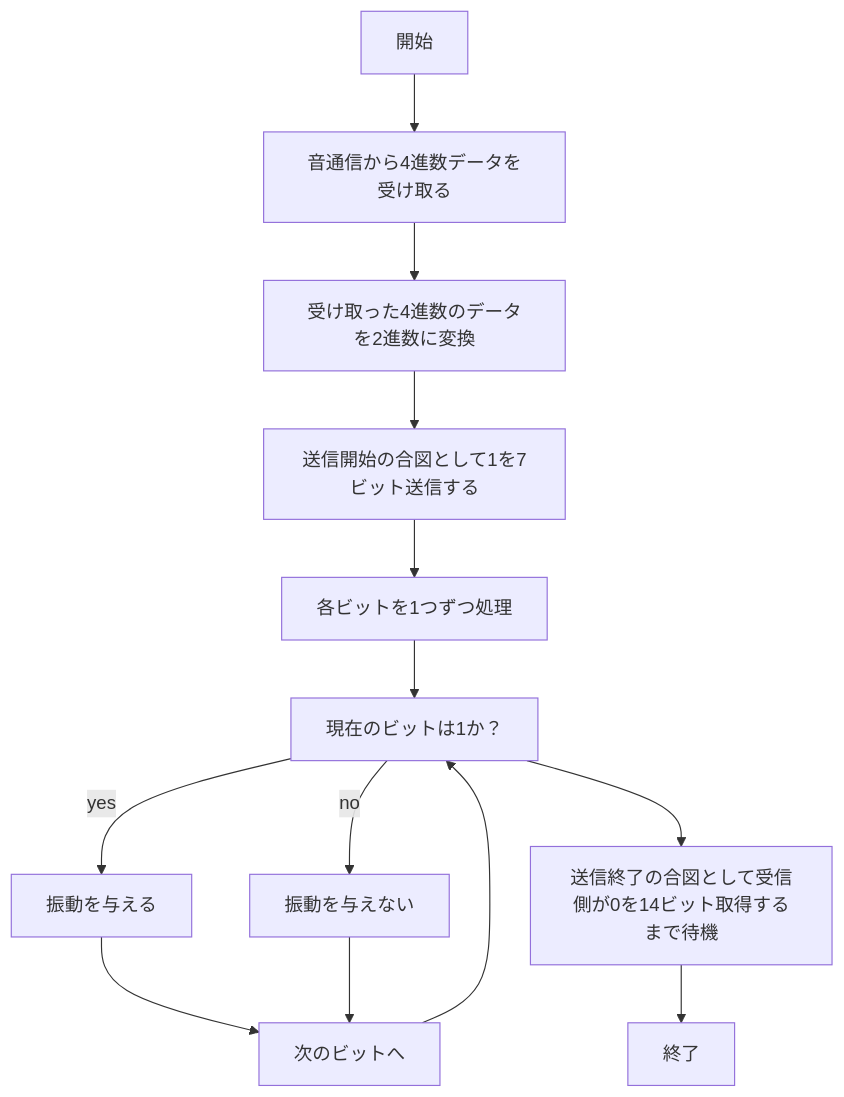
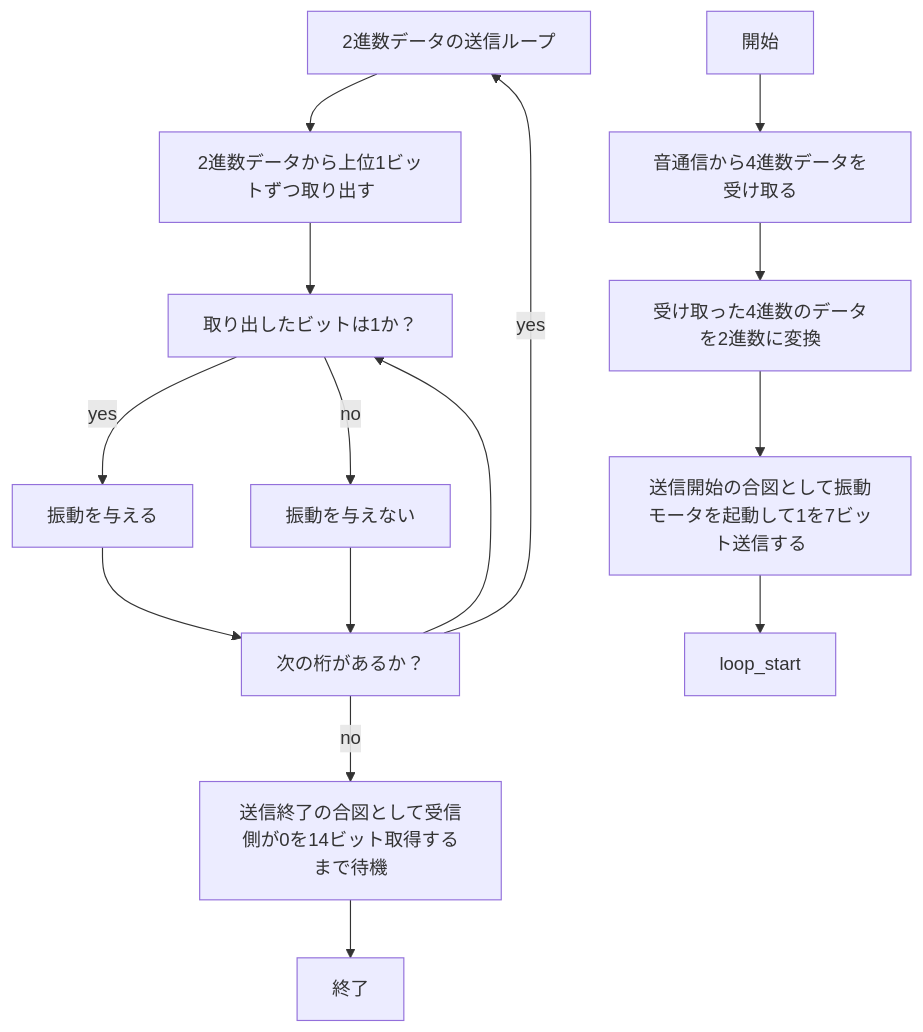
One commit to kanayuu0404/hakkason changed the tenth of 12 diagrams in README.md. Above: the diagram before and after it, drawn with Mermaid. The commit also changed other lines of this file, not shown here.

````diff
--- a/README.md
+++ b/README.md
@@ -235,28 +242,31 @@
 ```mermaid
 flowchart TD;
 
 start["開始"]
 end1["終了"]
 uke["音通信から4進数データを受け取る"]
 hennkann["受け取った4進数のデータを2進数に変換"]
-aizu1["送信開始の合図として1を7ビット送信する"]
-loop_start["各ビットを1つずつ処理"]
-judge["現在のビットは1か？"]
+aizu1["送信開始の合図として振動モータを起動して1を7ビット送信する"]
+loop1["2進数データの送信ループ"]
+toru["2進数データから上位1ビットずつ取り出す"]
+judge["取り出したビットは1か？"]
 on["振動を与える"]
 off["振動を与えない"]
-next["次のビットへ"]
+next["次の桁があるか？"]
 aizu2["送信終了の合図として受信側が0を14ビット取得するまで待機"]
 
 start --> uke
 uke --> hennkann
 hennkann --> aizu1
 aizu1 --> loop_start
-loop_start --> judge
+loop1 --> toru
+toru --> judge
 judge -->|yes| on
 judge -->|no| off
 on --> next
 off --> next
 next --> judge
-judge --> aizu2
+next -->|yes| loop1
+next -->|no| aizu2
 aizu2 --> end1
 ```
````
